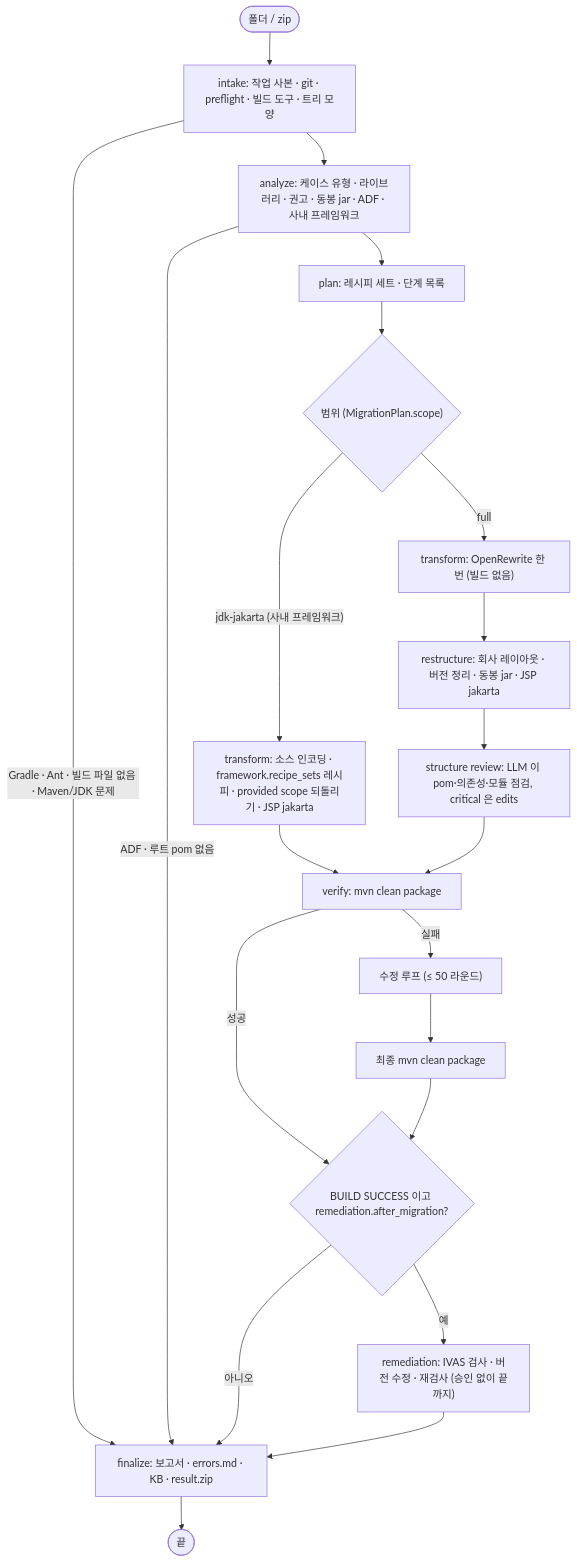
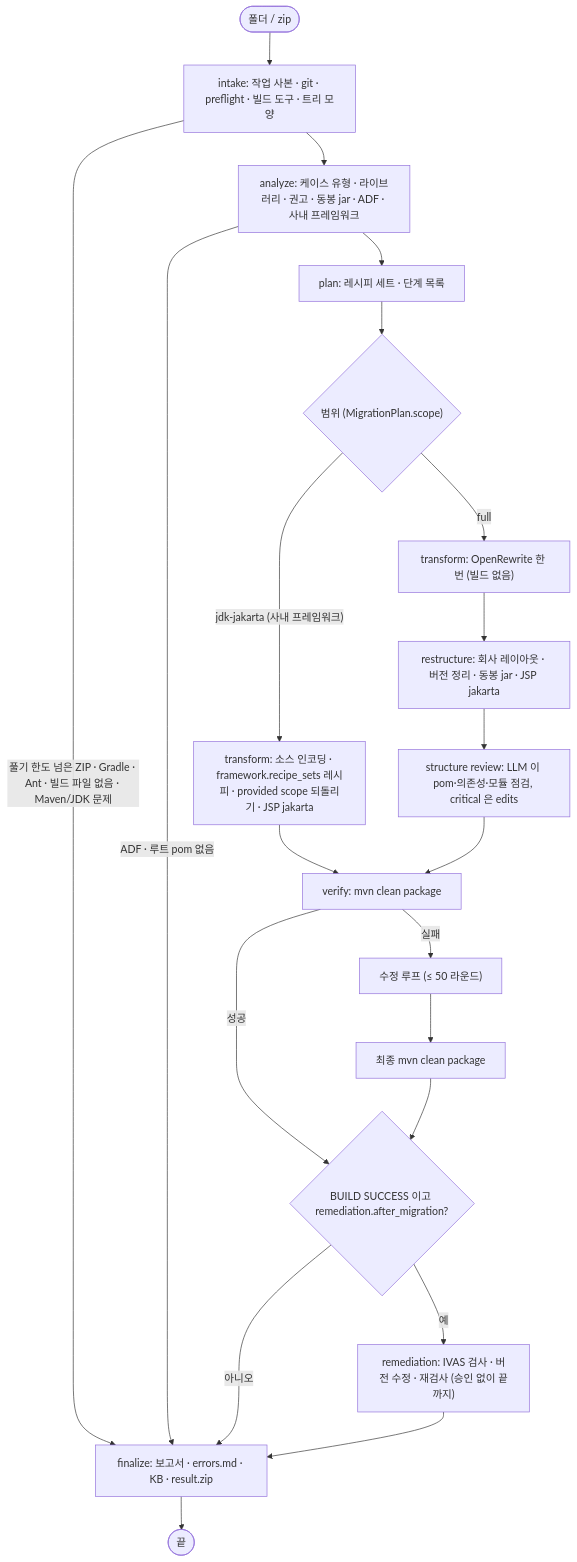
One commit to acandiatale/tutu changed the second of 8 diagrams in docs/migration-agent/README.md. Above: the diagram before and after it, drawn with Mermaid. The commit also changed other lines of this file and 142 other files, not shown here.

````diff
--- a/docs/migration-agent/README.md
+++ b/docs/migration-agent/README.md
@@ -98,23 +99,23 @@
 ```mermaid
 flowchart TD
   START(["폴더 / zip"]) --> INTAKE["intake: 작업 사본 · git · preflight · 빌드 도구 · 트리 모양"]
-  INTAKE -->|"Gradle · Ant · 빌드 파일 없음 · Maven/JDK 문제"| FIN
+  INTAKE -->|"풀기 한도 넘은 ZIP · Gradle · Ant · 빌드 파일 없음 · Maven/JDK 문제"| FIN
   INTAKE --> ANALYZE["analyze: 케이스 유형 · 라이브러리 · 권고 · 동봉 jar · ADF · 사내 프레임워크"]
   ANALYZE -->|"ADF · 루트 pom 없음"| FIN
   ANALYZE --> PLAN["plan: 레시피 세트 · 단계 목록"]
   PLAN --> SC{"범위 (MigrationPlan.scope)"}
   SC -->|"full"| T["transform: OpenRewrite 한 번 (빌드 없음)"]
   SC -->|"jdk-jakarta (사내 프레임워크)"| TF["transform: 소스 인코딩 · framework.recipe_sets 레시피 · provided scope 되돌리기 · JSP jakarta"]
   TF --> V
   T --> R["restructure: 회사 레이아웃 · 버전 정리 · 동봉 jar · JSP jakarta"]
   R --> RV["structure review: LLM 이 pom·의존성·모듈 점검, critical 은 edits"]
   RV --> V["verify: mvn clean package"]
   V -->|"실패"| LOOP["수정 루프 (≤ 50 라운드)"]
   LOOP --> VF["최종 mvn clean package"]
   V -->|"성공"| REM{"BUILD SUCCESS 이고 remediation.after_migration?"}
   VF --> REM
   REM -->|"예"| RM["remediation: IVAS 검사 · 버전 수정 · 재검사 (승인 없이 끝까지)"]
   REM -->|"아니오"| FIN["finalize: 보고서 · errors.md · KB · result.zip"]
   RM --> FIN
   FIN --> END(["끝"])
 ```
````
